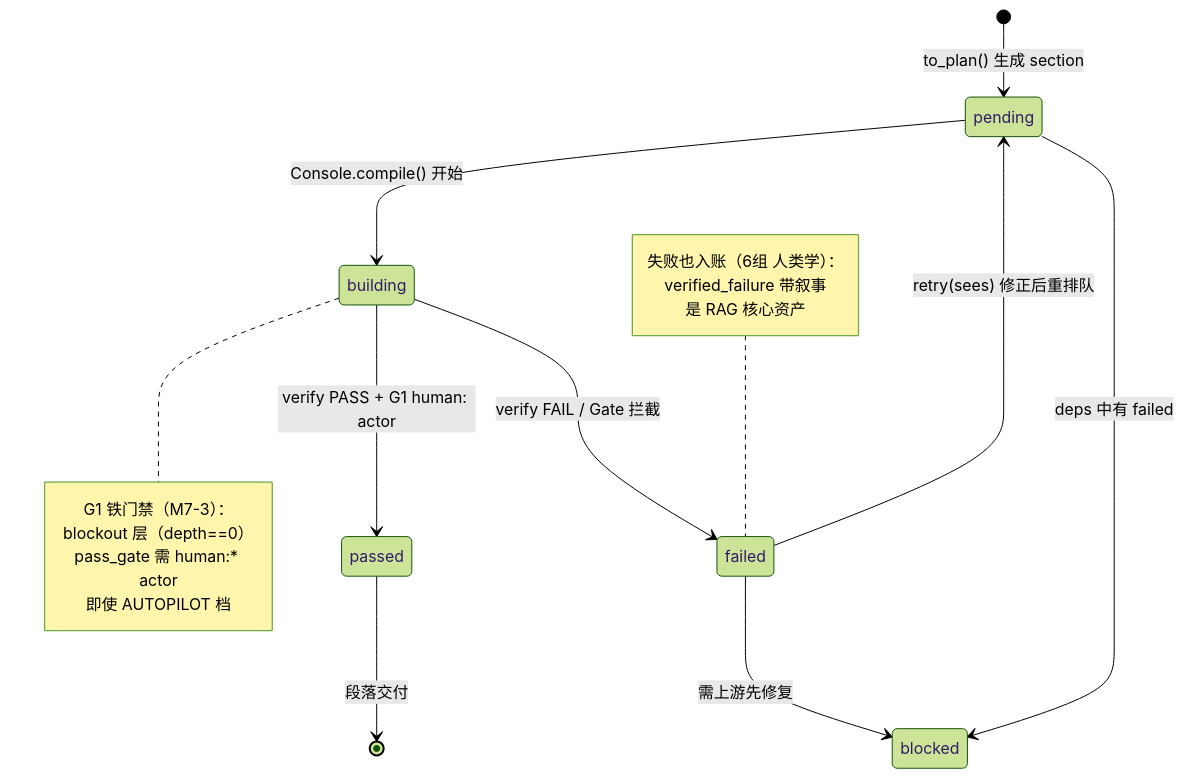
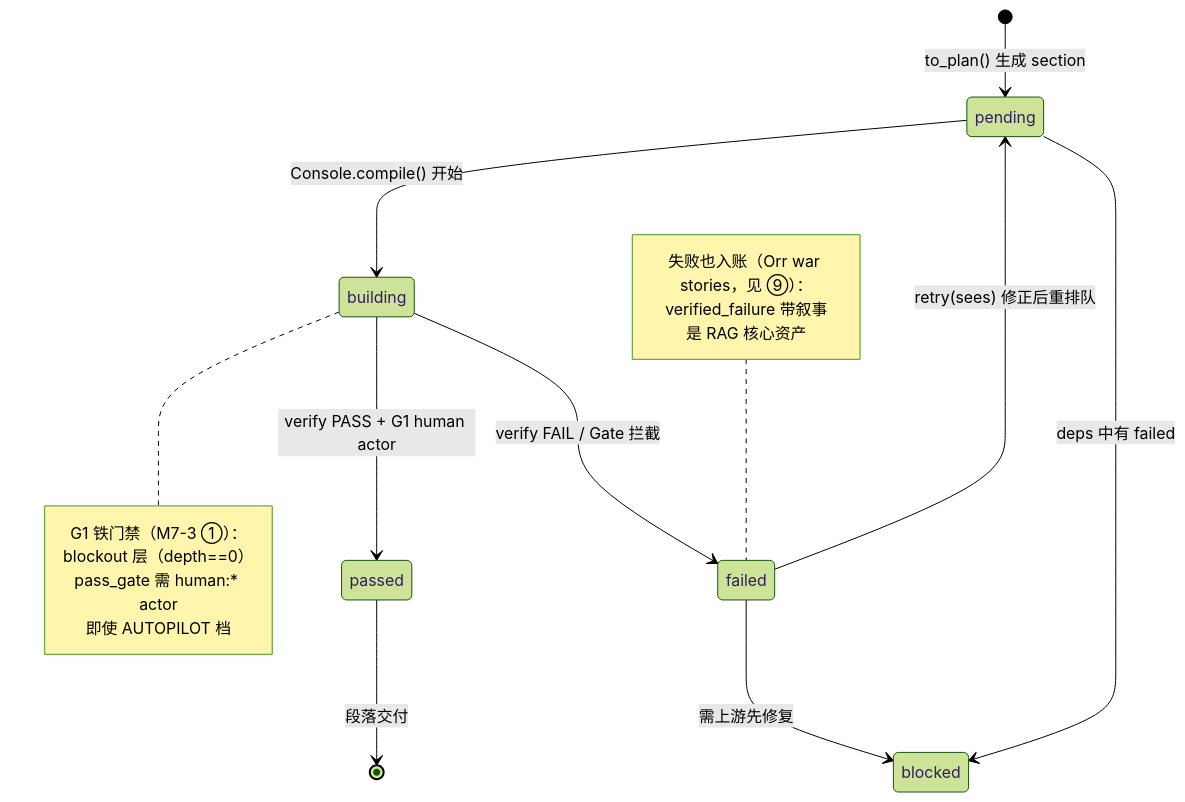
Before and after one commit to master666-max/blender-ai-console: the fourth of 7 diagrams in docs/architecture/architecture_diagrams.md, drawn with Mermaid (forest theme). The commit also changed other lines of this file and 1 other file, not shown here.

First line of the commit message:
docs: 架构图集 v2——AST 数据锚重制，验收六条全裁决（含 v1→v2 修正记录）

````diff
--- a/docs/architecture/architecture_diagrams.md
+++ b/docs/architecture/architecture_diagrams.md
@@ -218,29 +261,29 @@
 ```mermaid
 stateDiagram-v2
     [*] --> pending: to_plan() 生成 section
 
     pending --> building: Console.compile() 开始
 
-    building --> passed: verify PASS + G1 human: actor
+    building --> passed: verify PASS + G1 human actor
     building --> failed: verify FAIL / Gate 拦截
 
     failed --> pending: retry(sees) 修正后重排队
     failed --> blocked: 需上游先修复
 
     pending --> blocked: deps 中有 failed
 
     passed --> [*]: 段落交付
 
     note right of building
-        G1 铁门禁（M7-3）：
+        G1 铁门禁（M7-3 ①）：
         blockout 层（depth==0）
         pass_gate 需 human:* actor
         即使 AUTOPILOT 档
     end note
 
     note left of failed
-        失败也入账（6组 人类学）：
+        失败也入账（Orr war stories，见 ⑨）：
         verified_failure 带叙事
         是 RAG 核心资产
     end note
 ```
````
